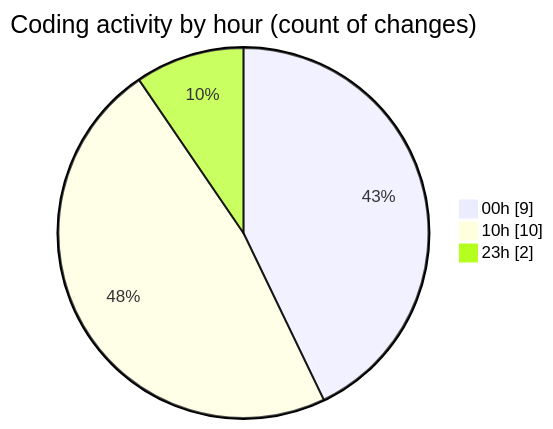
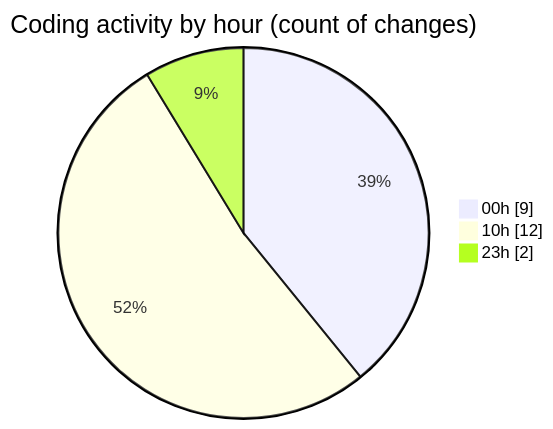
One commit to julien-gomy/code-tracking changed the second of 2 diagrams in 2025-11-15/cdp_aleoudev_fr__workspace_/README.md. Above: the diagram before and after it, drawn with Mermaid. The commit also changed other lines of this file and 1 other file, not shown here.

````diff
--- a/2025-11-15/cdp_aleoudev_fr__workspace_/README.md
+++ b/2025-11-15/cdp_aleoudev_fr__workspace_/README.md
@@ -33,7 +33,7 @@
 ```mermaid
 pie showData
 title Coding activity by hour (count of changes)
 "00h" : 9
-"10h" : 10
+"10h" : 12
 "23h" : 2
 ```
````
